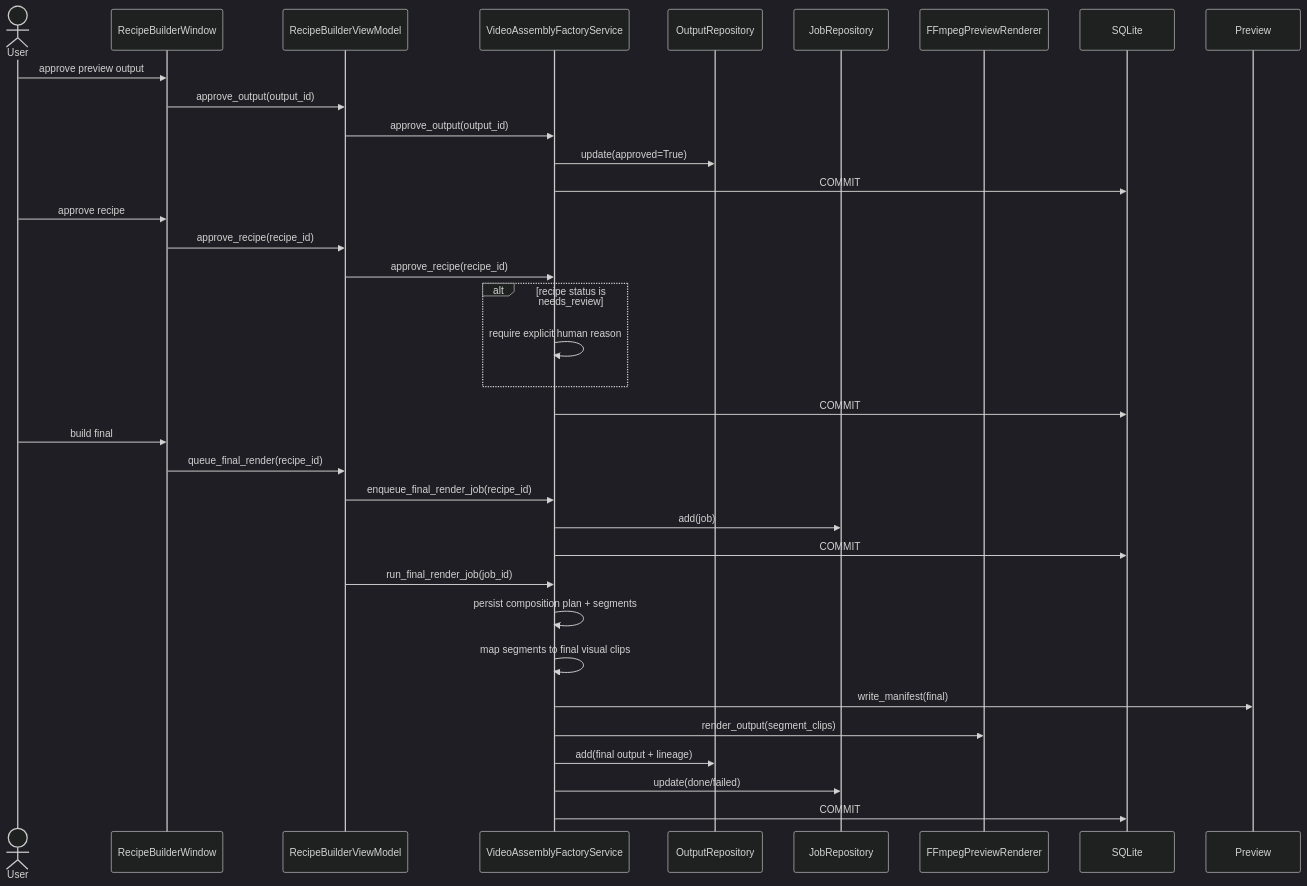
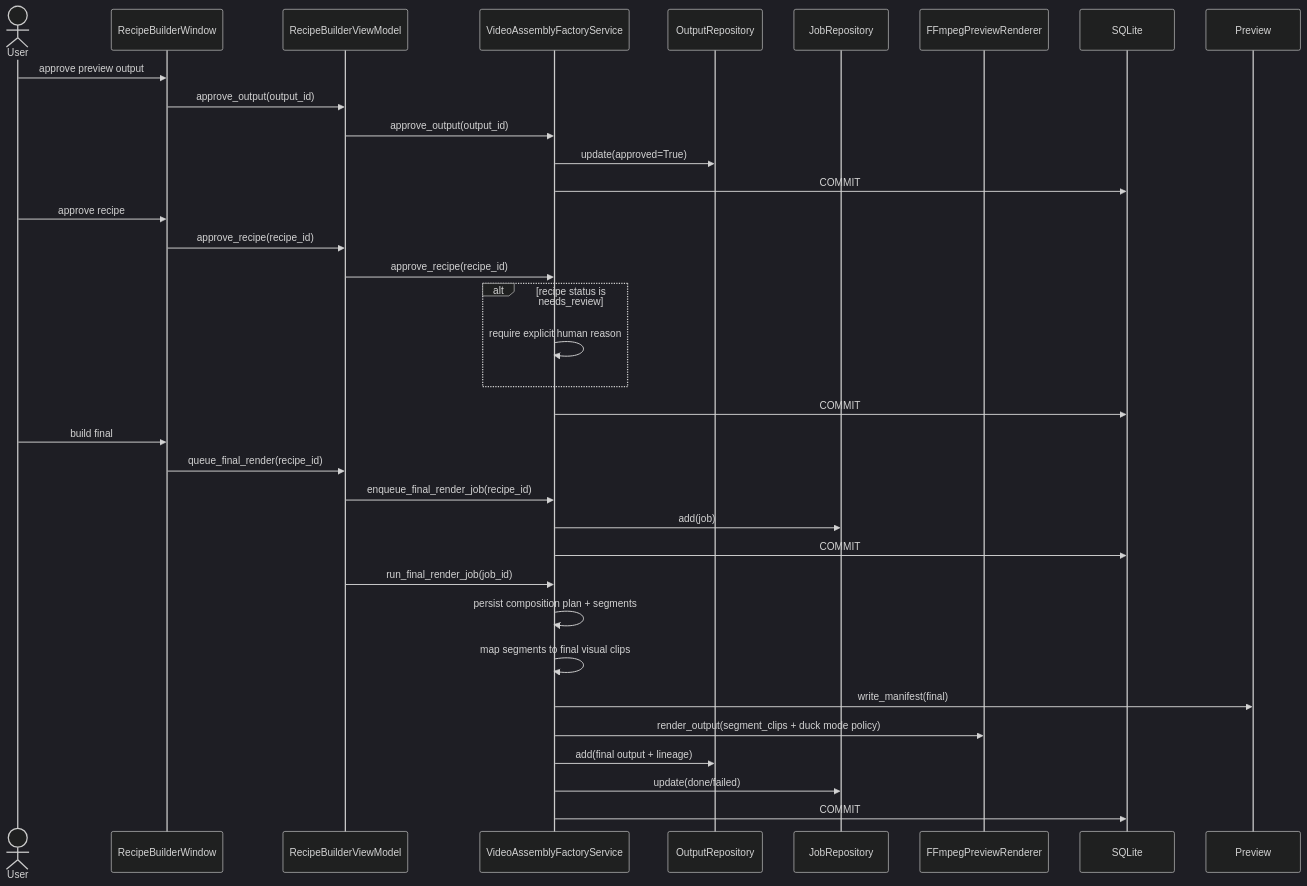
The fifth of 13 diagrams in doc/10_UML_System_Overview.md (idev006/MTClipFactory), drawn with Mermaid (dark theme) before and after one commit. The commit also changed other lines of this file and 23 other files, not shown here.

````diff
--- a/doc/10_UML_System_Overview.md
+++ b/doc/10_UML_System_Overview.md
@@ -329,37 +331,37 @@
 ```mermaid
 sequenceDiagram
     actor User
     participant View as RecipeBuilderWindow
     participant VM as RecipeBuilderViewModel
     participant Factory as VideoAssemblyFactoryService
     participant Out as OutputRepository
     participant JobRepo as JobRepository
     participant Render as FFmpegPreviewRenderer
     participant DB as SQLite
 
     User->>View: approve preview output
     View->>VM: approve_output(output_id)
     VM->>Factory: approve_output(output_id)
     Factory->>Out: update(approved=True)
     Factory->>DB: COMMIT
     User->>View: approve recipe
     View->>VM: approve_recipe(recipe_id)
     VM->>Factory: approve_recipe(recipe_id)
     alt recipe status is needs_review
         Factory->>Factory: require explicit human reason
     end
     Factory->>DB: COMMIT
     User->>View: build final
     View->>VM: queue_final_render(recipe_id)
     VM->>Factory: enqueue_final_render_job(recipe_id)
     Factory->>JobRepo: add(job)
     Factory->>DB: COMMIT
     VM->>Factory: run_final_render_job(job_id)
     Factory->>Factory: persist composition plan + segments
     Factory->>Factory: map segments to final visual clips
     Factory->>Preview: write_manifest(final)
-    Factory->>Render: render_output(segment_clips)
+    Factory->>Render: render_output(segment_clips + duck mode policy)
     Factory->>Out: add(final output + lineage)
     Factory->>JobRepo: update(done/failed)
     Factory->>DB: COMMIT
 ```
````
